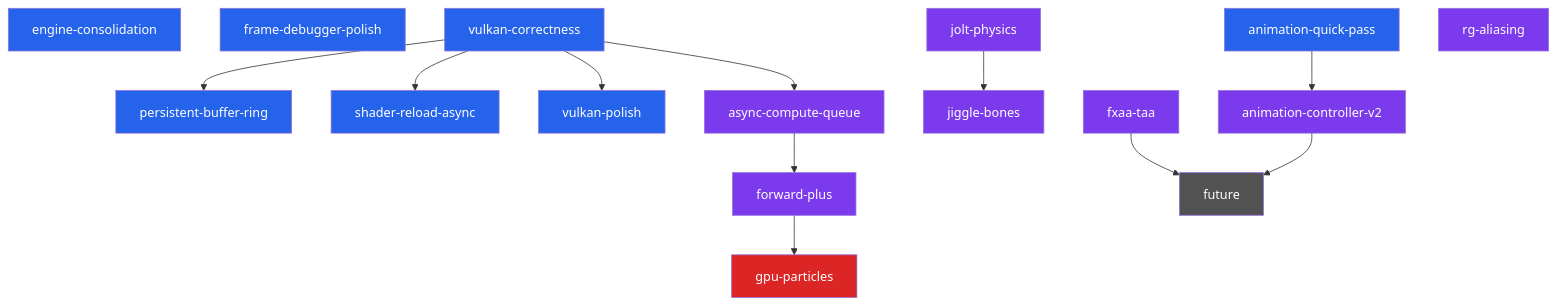
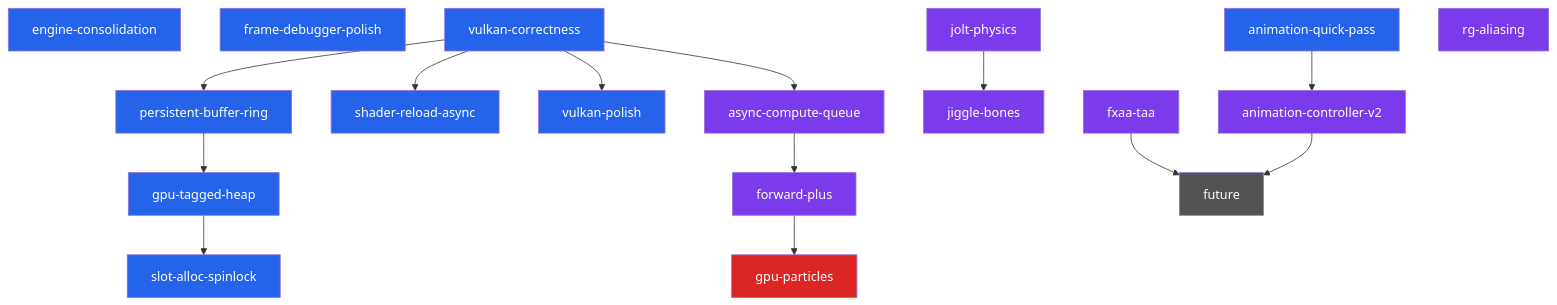
The diagram in docs/development/BACKLOG.md (Hekbas/Luth), drawn with Mermaid before and after one commit. The commit also changed other lines of this file and 7 other files, not shown here.

First line of the commit message:
docs: post-gpu-tagged-heap sweep + slot-alloc-spinlock wrap-up

````diff
--- a/docs/development/BACKLOG.md
+++ b/docs/development/BACKLOG.md
@@ -34,47 +34,53 @@
 ```mermaid
 graph TD
     consol["engine-consolidation"]
     fdp["frame-debugger-polish"]
     vc["vulkan-correctness"]
     aqp["animation-quick-pass"]
     pbr["persistent-buffer-ring"]
+    gth["gpu-tagged-heap"]
+    sas["slot-alloc-spinlock"]
     sra["shader-reload-async"]
     vp["vulkan-polish"]
     jolt["jolt-physics"]
     jiggle["jiggle-bones"]
     acq["async-compute-queue"]
     rga["rg-aliasing"]
     forward["forward-plus"]
     fxaa["fxaa-taa"]
     av2["animation-controller-v2"]
     particles["gpu-particles"]
     future["future"]
 
     vc --> pbr
+    pbr --> gth
+    gth --> sas
     vc --> sra
     vc --> vp
     vc --> acq
     aqp --> av2
     acq --> forward
     forward --> particles
     jolt --> jiggle
     fxaa --> future
     av2 --> future
 
     style consol fill:#2563eb,color:#fff
     style fdp fill:#2563eb,color:#fff
     style vc fill:#2563eb,color:#fff
     style aqp fill:#2563eb,color:#fff
     style pbr fill:#2563eb,color:#fff
+    style gth fill:#2563eb,color:#fff
+    style sas fill:#2563eb,color:#fff
     style sra fill:#2563eb,color:#fff
     style vp fill:#2563eb,color:#fff
     style jolt fill:#7c3aed,color:#fff
     style jiggle fill:#7c3aed,color:#fff
     style acq fill:#7c3aed,color:#fff
     style rga fill:#7c3aed,color:#fff
     style forward fill:#7c3aed,color:#fff
     style fxaa fill:#7c3aed,color:#fff
     style av2 fill:#7c3aed,color:#fff
     style particles fill:#dc2626,color:#fff
     style future fill:#525252,color:#fff
 ```
````
